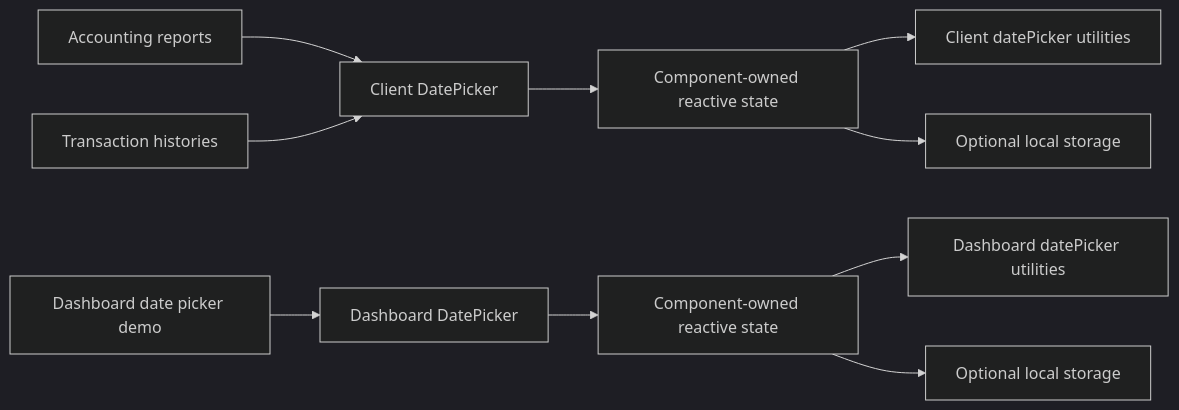
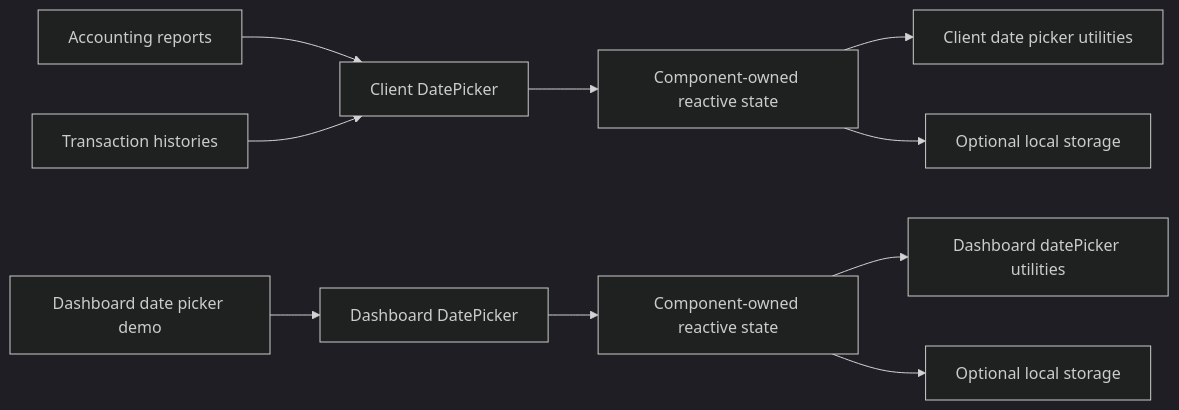
One commit to globe-and-citizen/cnc-portal changed the diagram in docs/implementation/date-picker/README.md. Above: the diagram before and after it, drawn with Mermaid (dark theme). The commit also changed other lines of this file and 28 other files, not shown here.

````diff
--- a/docs/implementation/date-picker/README.md
+++ b/docs/implementation/date-picker/README.md
@@ -18,12 +18,12 @@
 ```mermaid
 flowchart LR
   reports[Accounting reports] --> clientPicker[Client DatePicker]
   histories[Transaction histories] --> clientPicker
   dashboardDemo[Dashboard date picker demo] --> dashboardPicker[Dashboard DatePicker]
   clientPicker --> clientState[Component-owned reactive state]
   dashboardPicker --> dashboardState[Component-owned reactive state]
-  clientState --> clientUtilities[Client datePicker utilities]
+  clientState --> clientUtilities[Client date picker utilities]
   dashboardState --> dashboardUtilities[Dashboard datePicker utilities]
   clientState --> clientStorage[Optional local storage]
   dashboardState --> dashboardStorage[Optional local storage]
 ```
````
